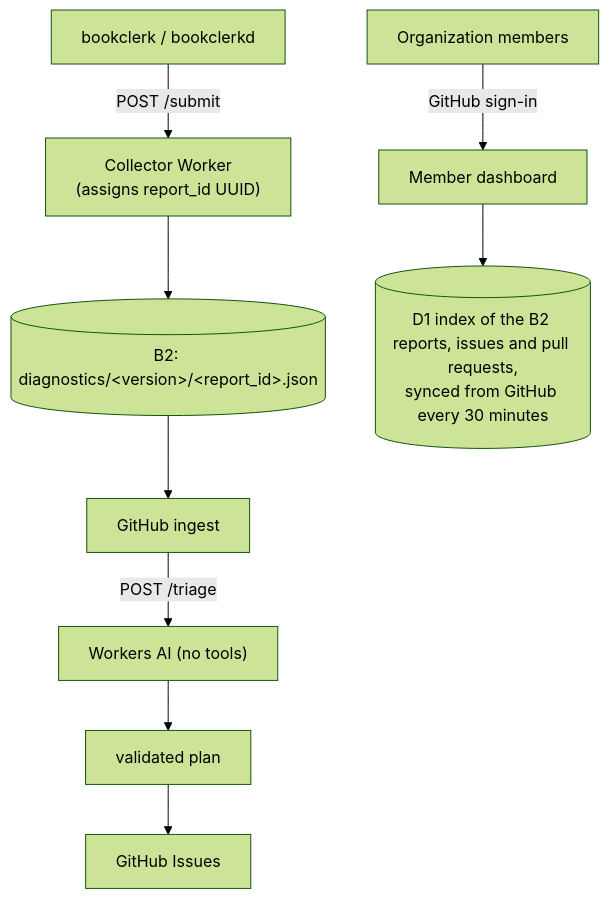
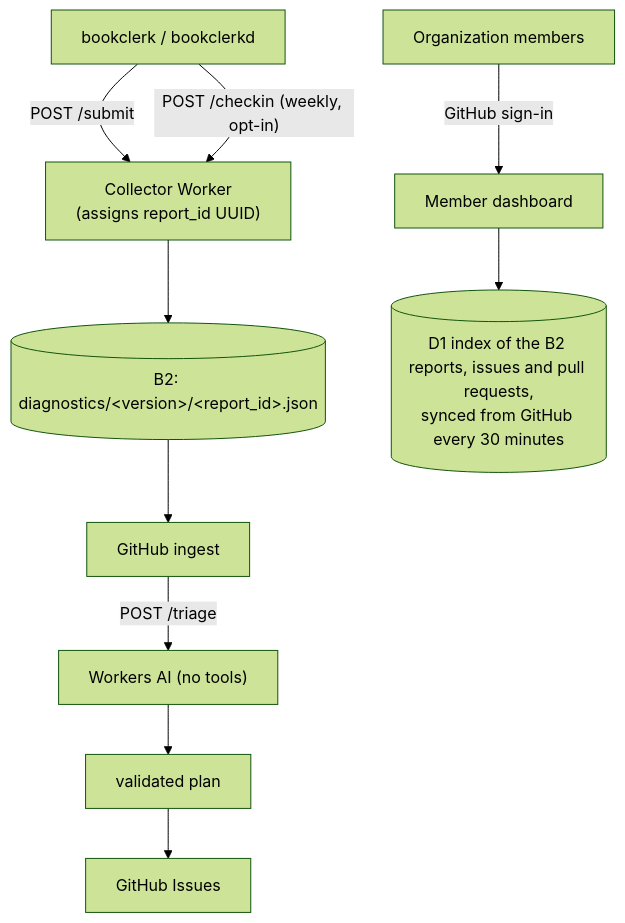
One commit to Bookclerk/bookclerk-docs changed the diagram in server/diagnostics.md. Above: the diagram before and after it, drawn with Mermaid (forest theme). The commit also changed other lines of this file and 5 other files, not shown here.

````diff
--- a/server/diagnostics.md
+++ b/server/diagnostics.md
@@ -117,11 +187,12 @@
 ```mermaid
 flowchart TB
   Hosts["bookclerk / bookclerkd"] -- "POST /submit" --> Worker["Collector Worker<br/>(assigns report_id UUID)"]
+  Hosts -- "POST /checkin (weekly, opt-in)" --> Worker
   Worker --> B2[("B2: diagnostics/&lt;version&gt;/&lt;report_id&gt;.json")]
   B2 --> Ingest["GitHub ingest"]
   Ingest -- "POST /triage" --> AI["Workers AI (no tools)"]
   AI --> Plan["validated plan"]
   Plan --> Issues["GitHub Issues"]
   Members["Organization members"] -- "GitHub sign-in" --> Dash["Member dashboard"]
   Dash --> Index[("D1 index of the B2 reports, issues and pull requests,<br/>synced from GitHub every 30 minutes")]
 ```
````
